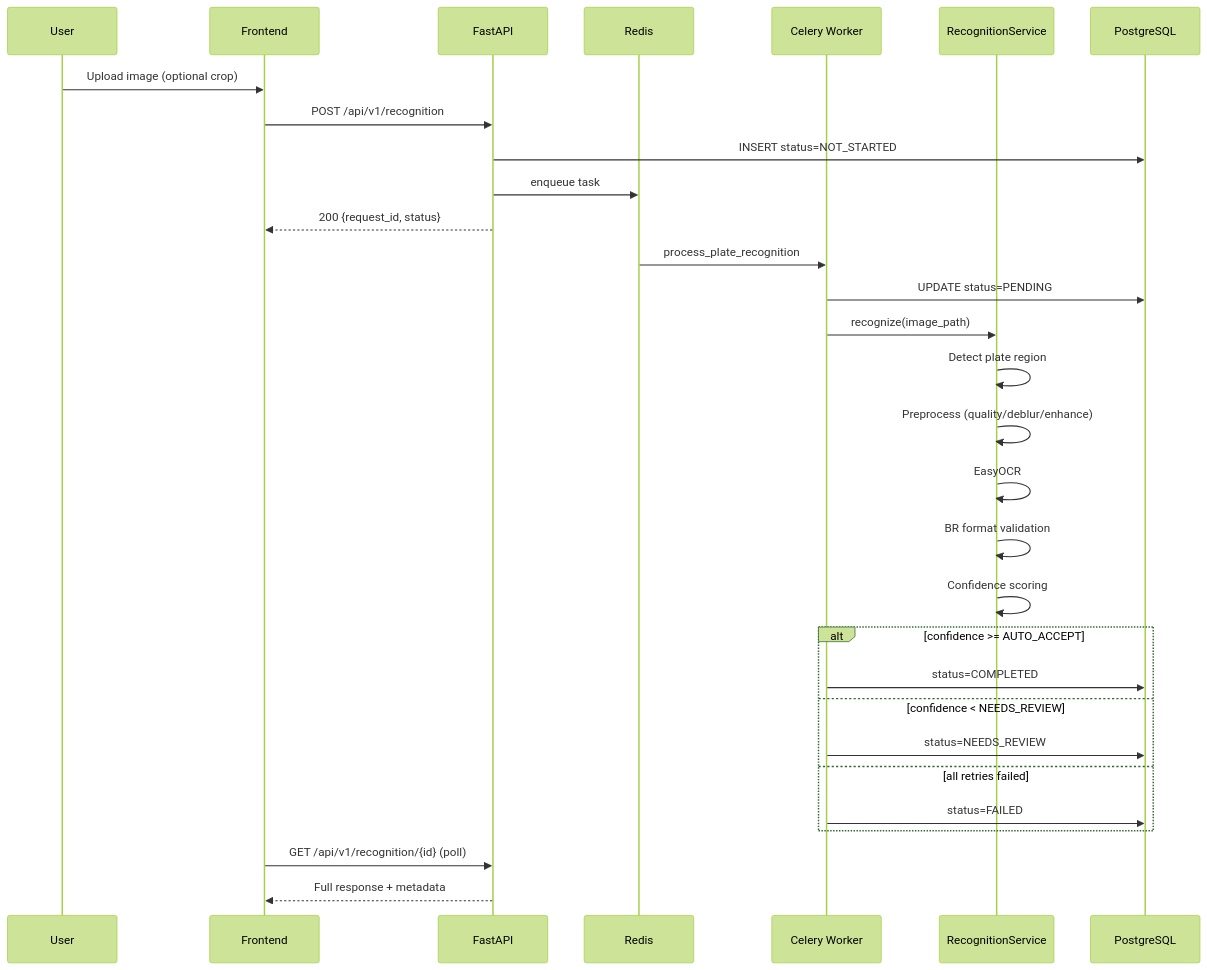
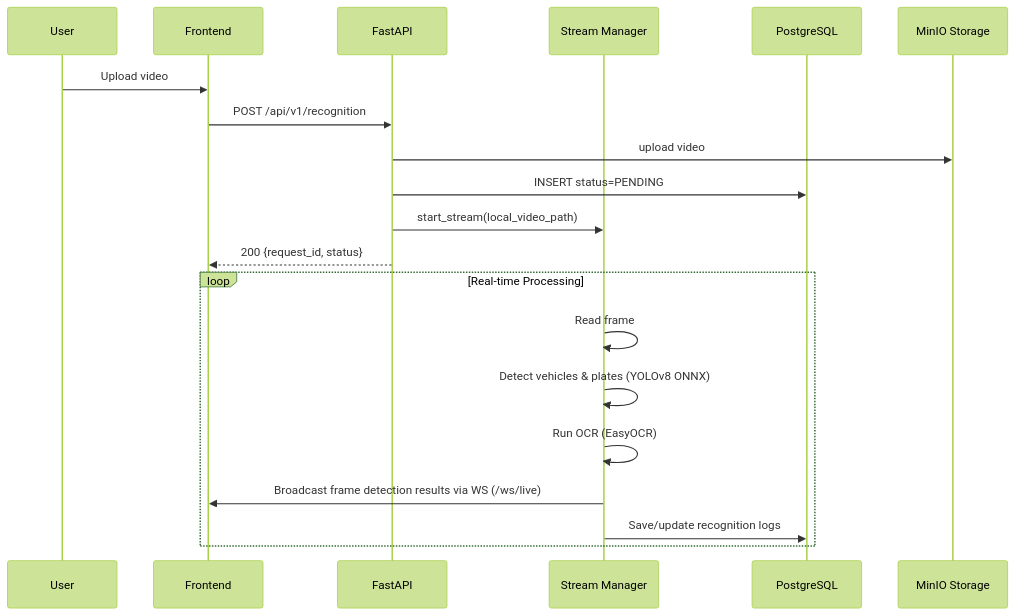
One commit to UET-121/BTL_AIT2004-2 changed the second of 2 diagrams in plan/_shared/02-target-architecture.md. Above: the diagram before and after it, drawn with Mermaid (forest theme). The commit also changed other lines of this file and 89 other files, not shown here.

````diff
--- a/plan/_shared/02-target-architecture.md
+++ b/plan/_shared/02-target-architecture.md
@@ -91,37 +71,24 @@
 ```mermaid
 sequenceDiagram
     participant User
     participant Web as Frontend
     participant API as FastAPI
-    participant Redis
-    participant Worker as Celery Worker
-    participant ML as RecognitionService
+    participant Stream as Stream Manager
     participant DB as PostgreSQL
+    participant MinIO as MinIO Storage
 
-    User->>Web: Upload image (optional crop)
+    User->>Web: Upload video
     Web->>API: POST /api/v1/recognition
-    API->>DB: INSERT status=NOT_STARTED
-    API->>Redis: enqueue task
+    API->>MinIO: upload video
+    API->>DB: INSERT status=PENDING
+    API->>Stream: start_stream(local_video_path)
     API-->>Web: 200 {request_id, status}
 
-    Redis->>Worker: process_plate_recognition
-    Worker->>DB: UPDATE status=PENDING
-    Worker->>ML: recognize(image_path)
-
-    ML->>ML: Detect plate region
-    ML->>ML: Preprocess (quality/deblur/enhance)
-    ML->>ML: EasyOCR
-    ML->>ML: BR format validation
-    ML->>ML: Confidence scoring
-
-    alt confidence >= AUTO_ACCEPT
-        Worker->>DB: status=COMPLETED
-    else confidence < NEEDS_REVIEW
-        Worker->>DB: status=NEEDS_REVIEW
-    else all retries failed
-        Worker->>DB: status=FAILED
+    loop Real-time Processing
+        Stream->>Stream: Read frame
+        Stream->>Stream: Detect vehicles & plates (YOLOv8 ONNX)
+        Stream->>Stream: Run OCR (EasyOCR)
+        Stream->>Web: Broadcast frame detection results via WS (/ws/live)
+        Stream->>DB: Save/update recognition logs
     end
-
-    Web->>API: GET /api/v1/recognition/{id} (poll)
-    API-->>Web: Full response + metadata
 ```
````
